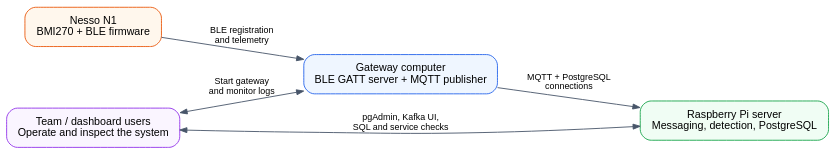
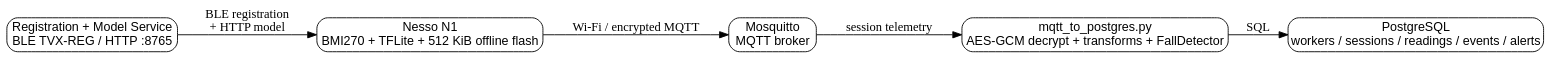
Before and after one commit to minhtribui153/fall-analysis: the diagram in docs/assets/system-context.dot, drawn with Graphviz. The commit also changed 31 other files, not shown here.

```diff
--- a/docs/assets/system-context.dot
+++ b/docs/assets/system-context.dot
@@ -1,15 +1,12 @@
 digraph G {
-  graph [rankdir=LR, bgcolor="transparent", pad=0.3, nodesep=0.6, ranksep=0.9, fontname="Arial"];
-  node [shape=box, style="rounded,filled", fontname="Arial", fontsize=12, color="#334155", fillcolor="#F8FAFC", margin="0.18,0.12"];
-  edge [fontname="Arial", fontsize=10, color="#475569", arrowsize=0.8];
-
-  nesso [label="Nesso N1\nBMI270 + BLE firmware", fillcolor="#FFF7ED", color="#EA580C"];
-  laptop [label="Gateway computer\nBLE GATT server + MQTT publisher", fillcolor="#EFF6FF", color="#2563EB"];
-  pi [label="Raspberry Pi server\nMessaging, detection, PostgreSQL", fillcolor="#F0FDF4", color="#16A34A"];
-  operator [label="Team / dashboard users\nOperate and inspect the system", fillcolor="#FAF5FF", color="#9333EA"];
-
-  nesso -> laptop [label="BLE registration\nand telemetry"];
-  laptop -> pi [label="MQTT + PostgreSQL\nconnections"];
-  operator -> laptop [label="Start gateway\nand monitor logs", dir=both];
-  operator -> pi [label="pgAdmin, Kafka UI,\nSQL and service checks", dir=both];
+  rankdir=LR; graph [bgcolor="transparent", pad="0.2"]; node [shape=box, style="rounded", fontname="Arial"];
+  reg [label="Registration + Model Service\nBLE TVX-REG / HTTP :8765"];
+  nesso [label="Nesso N1\nBMI270 + TFLite + 512 KiB offline flash"];
+  mqtt [label="Mosquitto\nMQTT broker"];
+  ingest [label="mqtt_to_postgres.py\nAES-GCM decrypt + transforms + FallDetector"];
+  db [label="PostgreSQL\nworkers / sessions / readings / events / alerts"];
+  reg -> nesso [label="BLE registration\n+ HTTP model"];
+  nesso -> mqtt [label="Wi-Fi / encrypted MQTT"];
+  mqtt -> ingest [label="session telemetry"];
+  ingest -> db [label="SQL"];
 }
```
